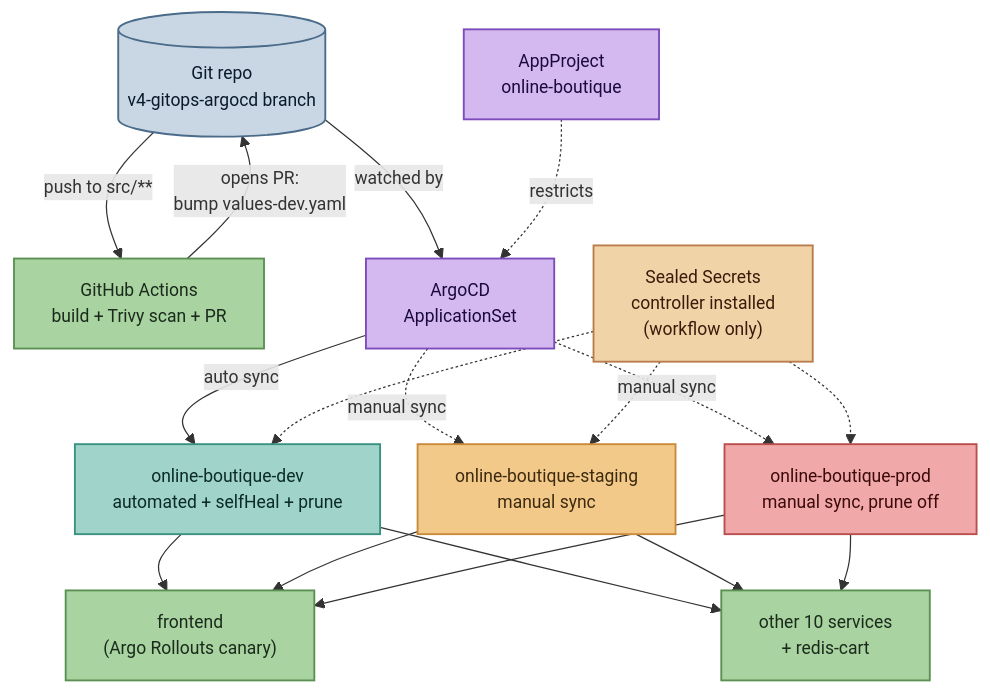
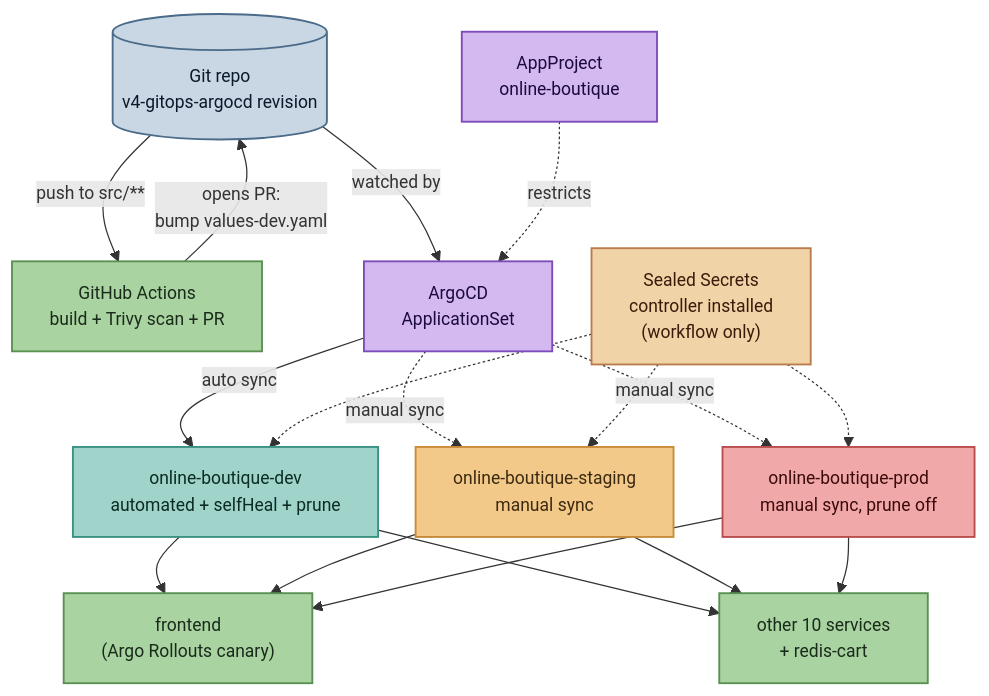
The fourth of 4 diagrams in README.md (ThinkWithOps/thinkwithops-online-boutique-production), drawn with Mermaid before and after one commit. The commit also changed other lines of this file, not shown here.

````diff
--- a/README.md
+++ b/README.md
@@ -564,47 +564,47 @@
 ```mermaid
 %%{init: {"flowchart": {"nodeSpacing": 30, "rankSpacing": 45}, "themeVariables": {"fontSize": "14px"}}}%%
 flowchart TB
-    GIT[("Git repo\nv4-gitops-argocd branch")]:::git
+    GIT[("Git repo\nv4-gitops-argocd revision")]:::git
     CI["GitHub Actions\nbuild + Trivy scan + PR"]:::ci
 
     ARGOCD["ArgoCD\nApplicationSet"]:::gitops
     PROJ["AppProject\nonline-boutique"]:::gitops
 
     DEV["online-boutique-dev\nautomated + selfHeal + prune"]:::dev
     STAGE["online-boutique-staging\nmanual sync"]:::staging
     PROD["online-boutique-prod\nmanual sync, prune off"]:::prod
 
     FE["frontend\n(Argo Rollouts canary)"]:::service
     SVC["other 10 services\n+ redis-cart"]:::service
 
     SEALED["Sealed Secrets<br/>controller installed<br/>(workflow only)"]:::secrets
 
     GIT -->|"push to src/**"| CI
     CI -->|"opens PR:\nbump values-dev.yaml"| GIT
     GIT -->|"watched by"| ARGOCD
     PROJ -.->|"restricts"| ARGOCD
 
     ARGOCD -->|"auto sync"| DEV
     ARGOCD -.->|"manual sync"| STAGE
     ARGOCD -.->|"manual sync"| PROD
 
     DEV --> FE
     DEV --> SVC
     STAGE --> FE
     STAGE --> SVC
     PROD --> FE
     PROD --> SVC
 
     SEALED -.-> DEV
     SEALED -.-> STAGE
     SEALED -.-> PROD
 
     classDef git fill:#c9d6e3,stroke:#4a6b8a,stroke-width:1.5px,color:#0a1a2b
     classDef ci fill:#a9d3a0,stroke:#5a9152,stroke-width:1.5px,color:#1a2b1c
     classDef gitops fill:#d4b8f0,stroke:#7c4dba,stroke-width:1.5px,color:#1a0a3c
     classDef dev fill:#a0d3c9,stroke:#3a9182,stroke-width:1.5px,color:#0a2b26
     classDef staging fill:#f3c98a,stroke:#c98a3a,stroke-width:1.5px,color:#3c2a10
     classDef prod fill:#f0a8a8,stroke:#ba4d4d,stroke-width:1.5px,color:#3c0a0a
     classDef service fill:#a9d3a0,stroke:#5a9152,stroke-width:1.5px,color:#1a2b1c
     classDef secrets fill:#f0d4a8,stroke:#ba7c4d,stroke-width:1.5px,color:#3c1a0a
 ```
````
